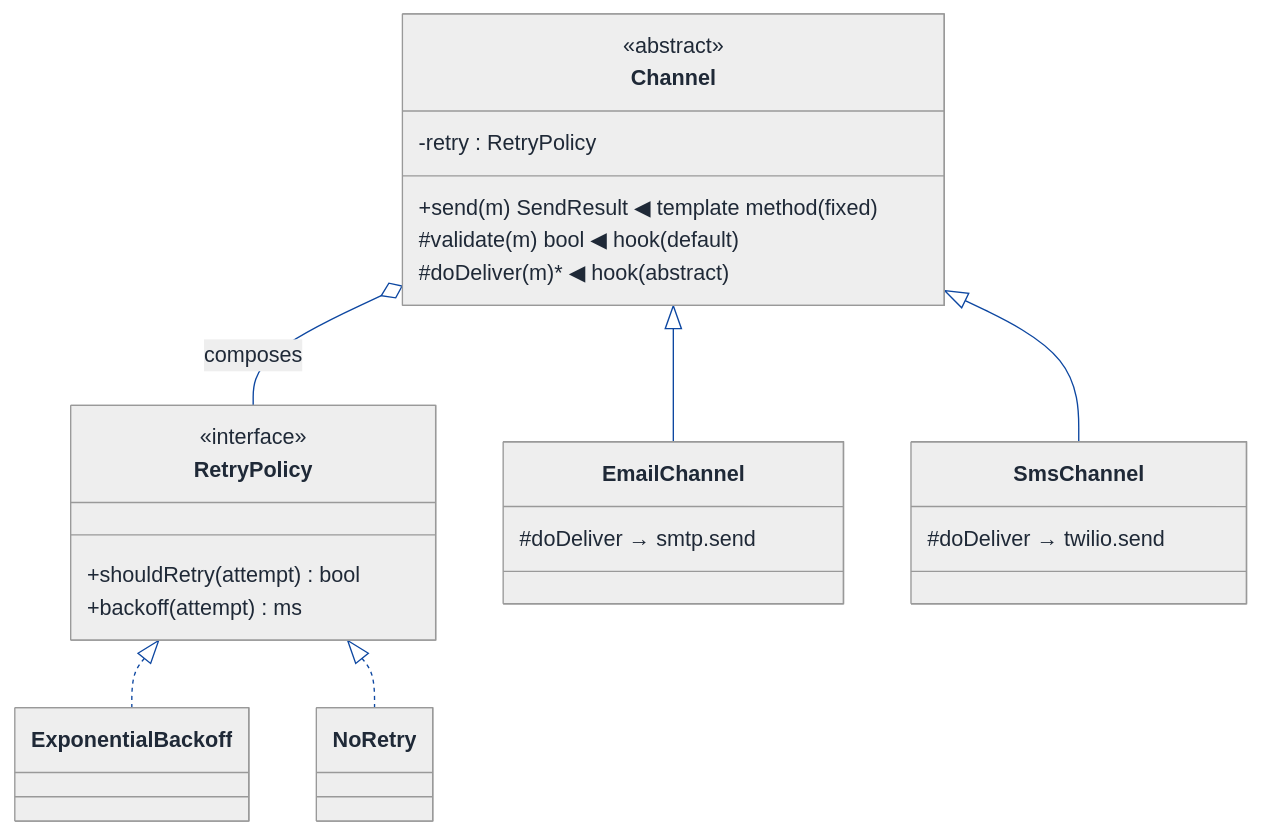
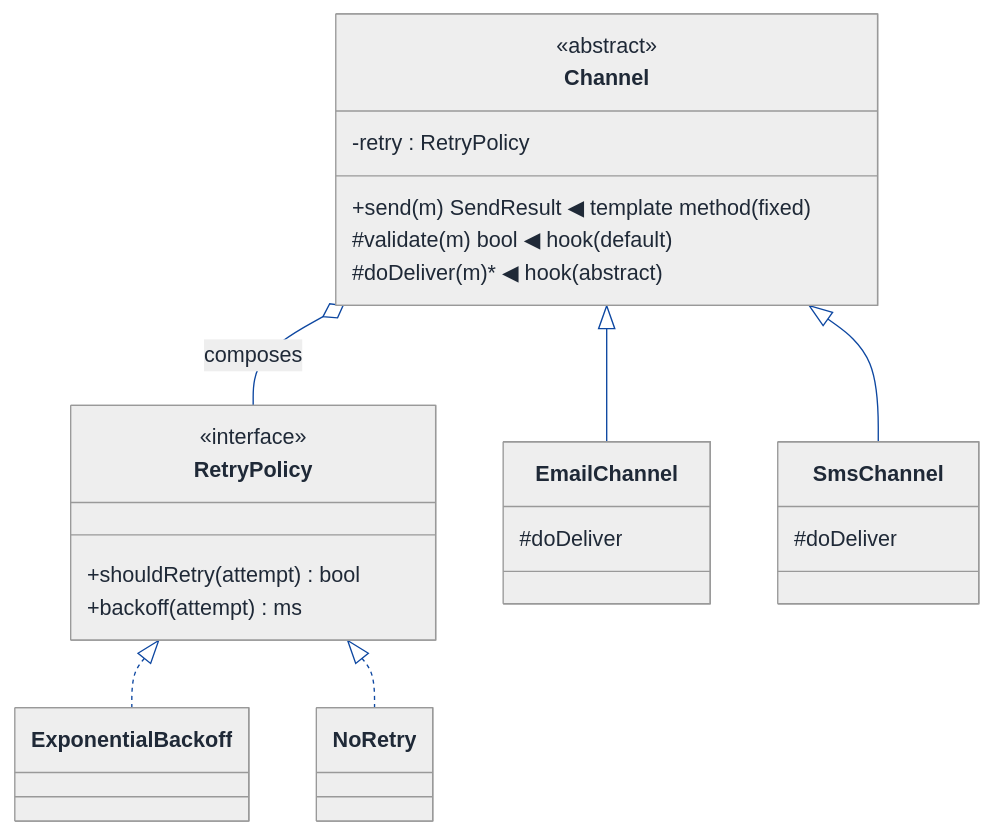
The third of 8 diagrams in LLD/Topics/Strategy_Pattern/Notification_Service.md (Prateek-5/question-bank), drawn with Mermaid before and after one commit. The commit also changed other lines of this file and 61 other files, not shown here.

First line of the commit message:
Fix invalid mermaid classDiagram member syntax across LLD walkthroughs

````diff
--- a/LLD/Topics/Strategy_Pattern/Notification_Service.md
+++ b/LLD/Topics/Strategy_Pattern/Notification_Service.md
@@ -560,61 +560,61 @@
 ```mermaid
 ---
 config:
   theme: neutral
   themeVariables:
     background: '#ffffff'
     primaryColor: '#cfe2ff'
     primaryTextColor: '#1f2937'
     primaryBorderColor: '#084298'
     secondaryColor: '#fff3cd'
     secondaryTextColor: '#1f2937'
     secondaryBorderColor: '#664d03'
     tertiaryColor: '#d1e7dd'
     tertiaryTextColor: '#1f2937'
     tertiaryBorderColor: '#0a3622'
     lineColor: '#0d47a1'
     textColor: '#1f2937'
     noteBkgColor: '#fff3cd'
     noteTextColor: '#1f2937'
     noteBorderColor: '#997404'
     actorBkg: '#cfe2ff'
     actorBorder: '#084298'
     actorTextColor: '#1f2937'
     signalColor: '#0d47a1'
     signalTextColor: '#1f2937'
     labelBoxBkgColor: '#ffffff'
     labelBoxBorderColor: '#d3d3d3'
     labelTextColor: '#1f2937'
     edgeLabelBackground: '#ffffff'
     labelBackground: '#ffffff'
     classText: '#1f2937'
     fontFamily: 'system-ui, -apple-system, Segoe UI, Helvetica, Arial, sans-serif'
 ---
 classDiagram
   direction TB
   class Channel {
     <<abstract>>
     -retry : RetryPolicy
     +send(m) SendResult  ◀ template method (fixed)
     #validate(m) bool    ◀ hook (default)
     #doDeliver(m)*       ◀ hook (abstract)
   }
   class RetryPolicy {
     <<interface>>
     +shouldRetry(attempt) bool
     +backoff(attempt) ms
   }
   class ExponentialBackoff
   class NoRetry
   class EmailChannel {
-    #doDeliver → smtp.send
+    #doDeliver
   }
   class SmsChannel {
-    #doDeliver → twilio.send
+    #doDeliver
   }
   Channel o-- RetryPolicy : composes
   RetryPolicy <|.. ExponentialBackoff
   RetryPolicy <|.. NoRetry
   Channel <|-- EmailChannel
   Channel <|-- SmsChannel
 ```
````
